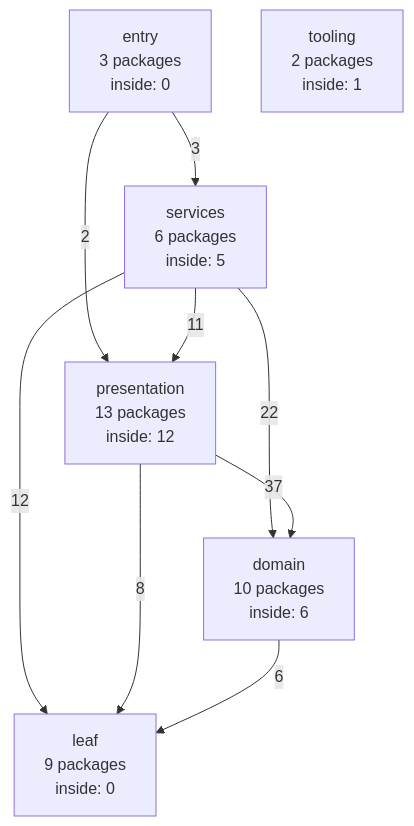
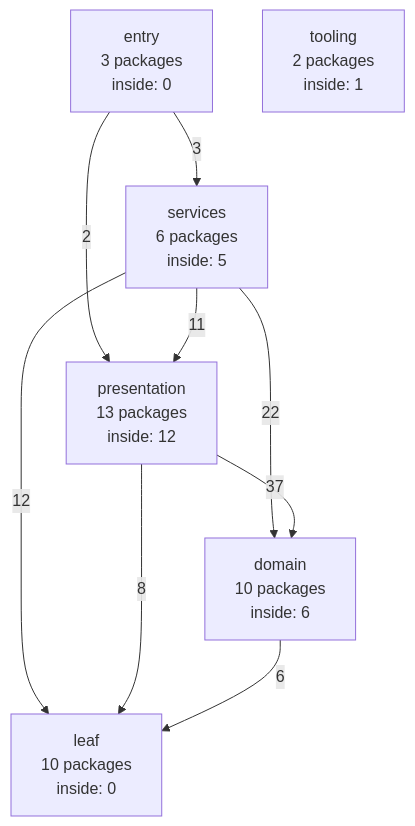
The diagram in docs/internals/generated/package-graph.md (ladydascalie/dm), drawn with Mermaid before and after one commit. The commit also changed other lines of this file and 9 other files, not shown here.

````diff
--- a/docs/internals/generated/package-graph.md
+++ b/docs/internals/generated/package-graph.md
@@ -58,17 +58,17 @@
 ```mermaid
 flowchart TD
   entry["entry<br/>3 packages<br/>inside: 0"]
   services["services<br/>6 packages<br/>inside: 5"]
   presentation["presentation<br/>13 packages<br/>inside: 12"]
   domain["domain<br/>10 packages<br/>inside: 6"]
-  leaf["leaf<br/>9 packages<br/>inside: 0"]
+  leaf["leaf<br/>10 packages<br/>inside: 0"]
   tooling["tooling<br/>2 packages<br/>inside: 1"]
   entry -->|3| services
   entry -->|2| presentation
   services -->|11| presentation
   services -->|22| domain
   services -->|12| leaf
   presentation -->|37| domain
   presentation -->|8| leaf
   domain -->|6| leaf
 ```
````
